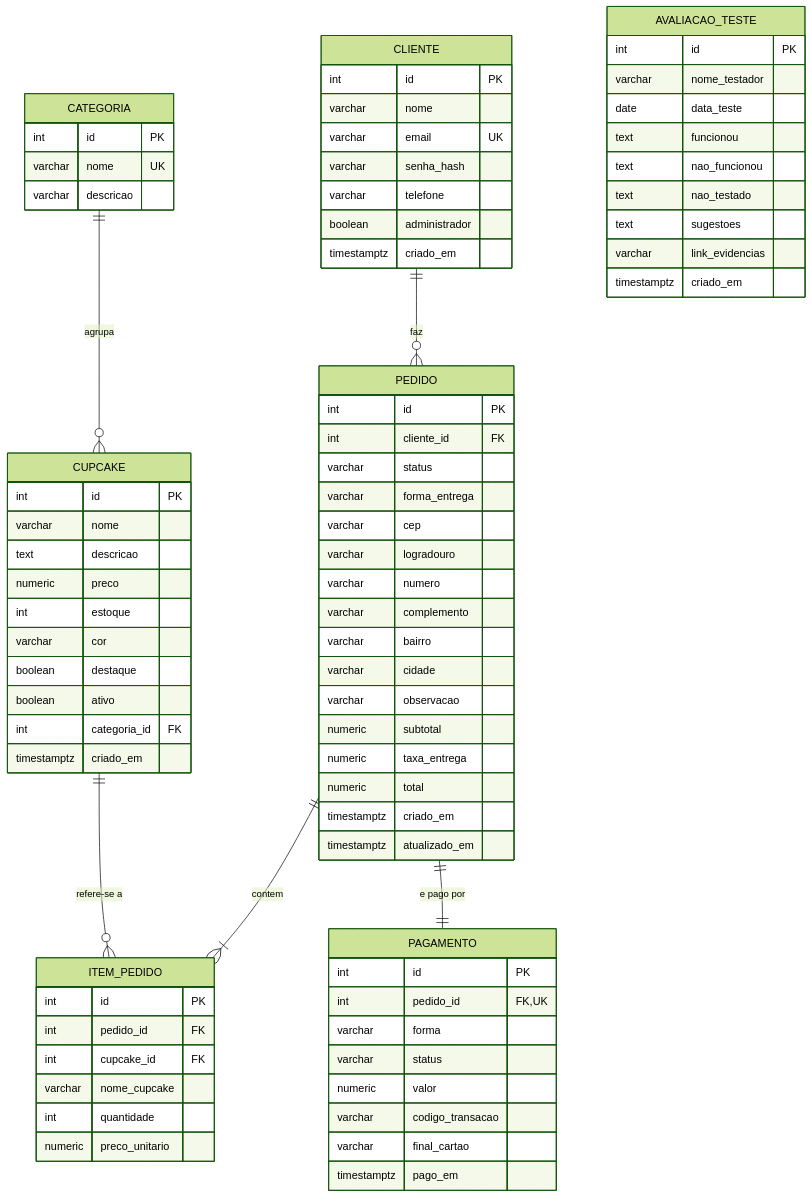
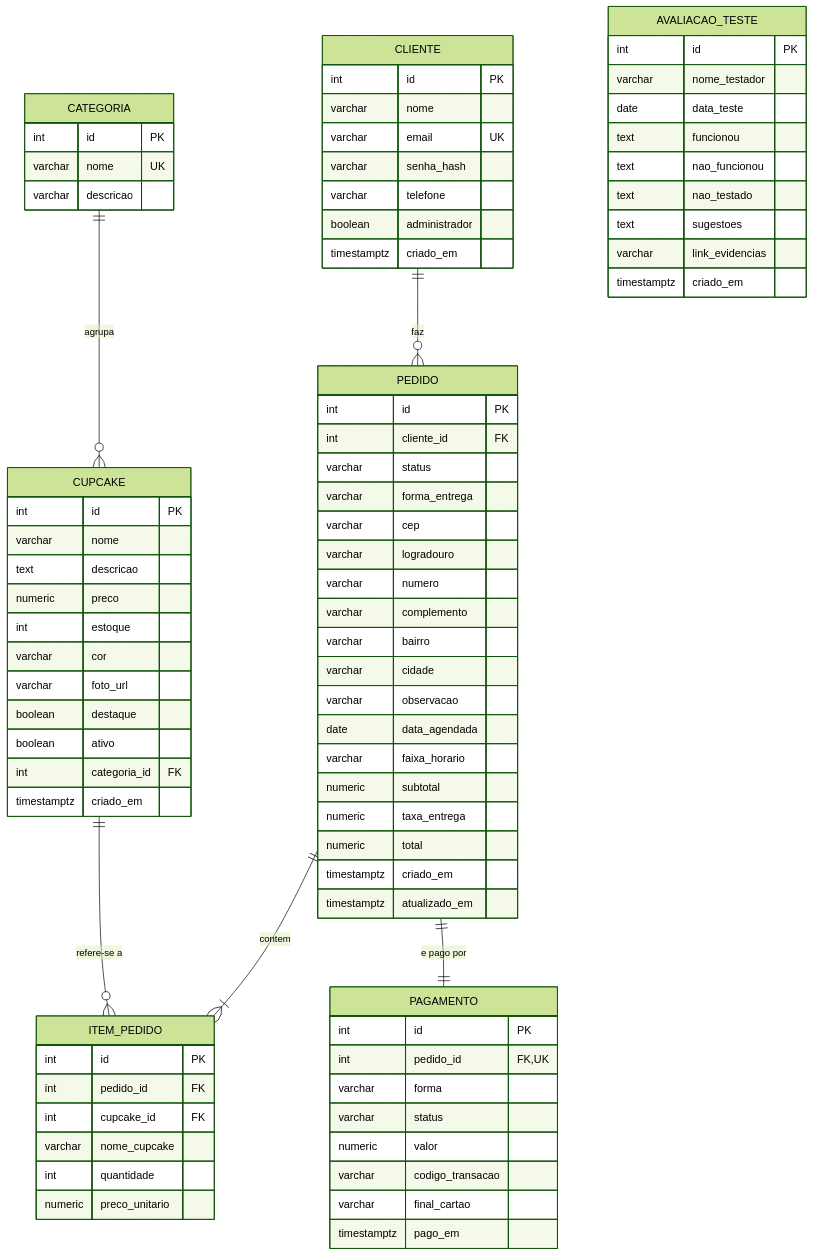
The diagram in docs/situacao-1-planejamento/05-banco-de-dados.md (pedrobortolanza/pit2-loja-cupcakes-pedro), drawn with Mermaid (forest theme) before and after one commit. The commit also changed other lines of this file and 52 other files, not shown here.

```diff
--- a/docs/situacao-1-planejamento/05-banco-de-dados.md
+++ b/docs/situacao-1-planejamento/05-banco-de-dados.md
@@ -42,6 +42,7 @@
     numeric preco
     int estoque
     varchar cor
+    varchar foto_url
     boolean destaque
     boolean ativo
     int categoria_id FK
@@ -68,6 +69,8 @@
     varchar bairro
     varchar cidade
     varchar observacao
+    date data_agendada
+    varchar faixa_horario
     numeric subtotal
     numeric taxa_entrega
     numeric total
```
